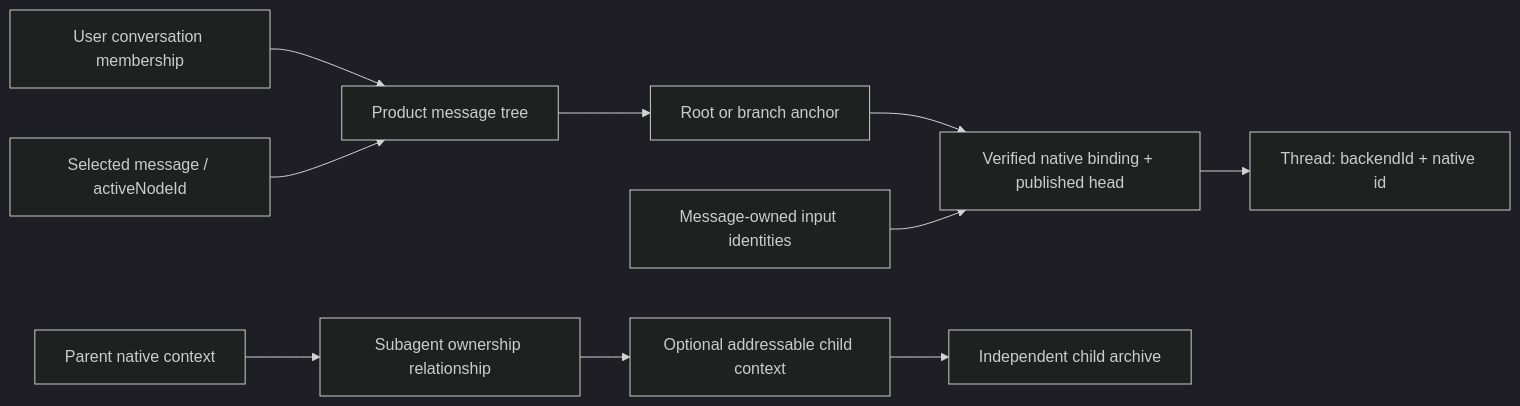
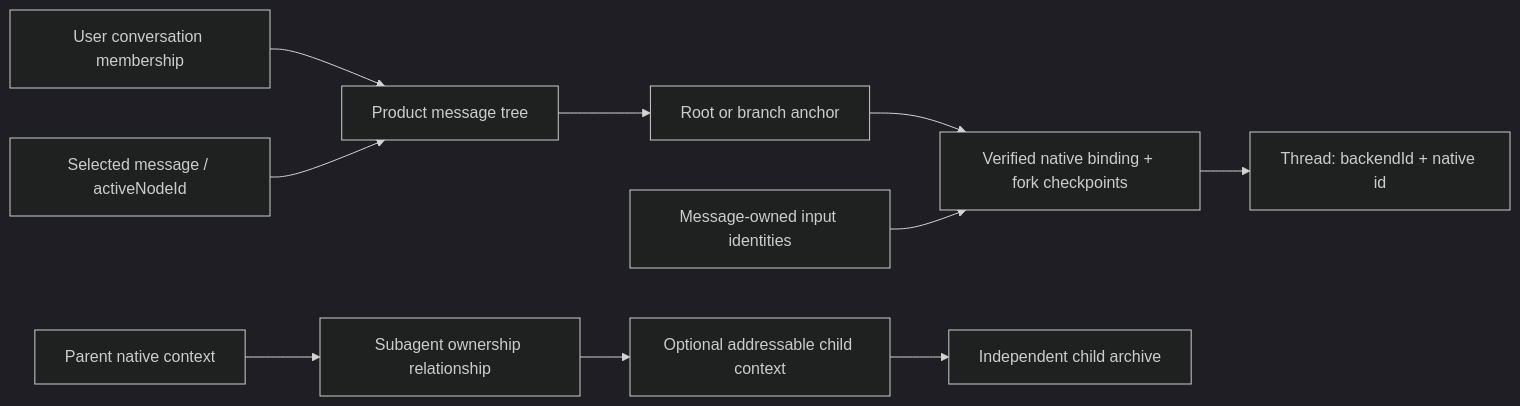
Before and after one commit to CherryHQ/cherry-studio: the second of 2 diagrams in .agents/notes/proposed/architecture/2026-10-17-agent-runtime-contract.md, drawn with Mermaid (dark theme). The commit also changed other lines of this file and 6 other files, not shown here.

````diff
--- a/.agents/notes/proposed/architecture/2026-10-17-agent-runtime-contract.md
+++ b/.agents/notes/proposed/architecture/2026-10-17-agent-runtime-contract.md
@@ -320,12 +320,12 @@
 ```mermaid
 flowchart LR
     Membership["User conversation membership"] --> Archive["Product message tree"]
     View["Selected message / activeNodeId"] --> Archive
     Archive --> Anchor["Root or branch anchor"]
-    Anchor --> Binding["Verified native binding + published head"]
+    Anchor --> Binding["Verified native binding + fork checkpoints"]
     Binding --> Thread["Thread: backendId + native id"]
     Input["Message-owned input identities"] --> Binding
     Parent["Parent native context"] --> Relation["Subagent ownership relationship"]
     Relation --> Child["Optional addressable child context"]
     Child --> ChildArchive["Independent child archive"]
 ```
````
